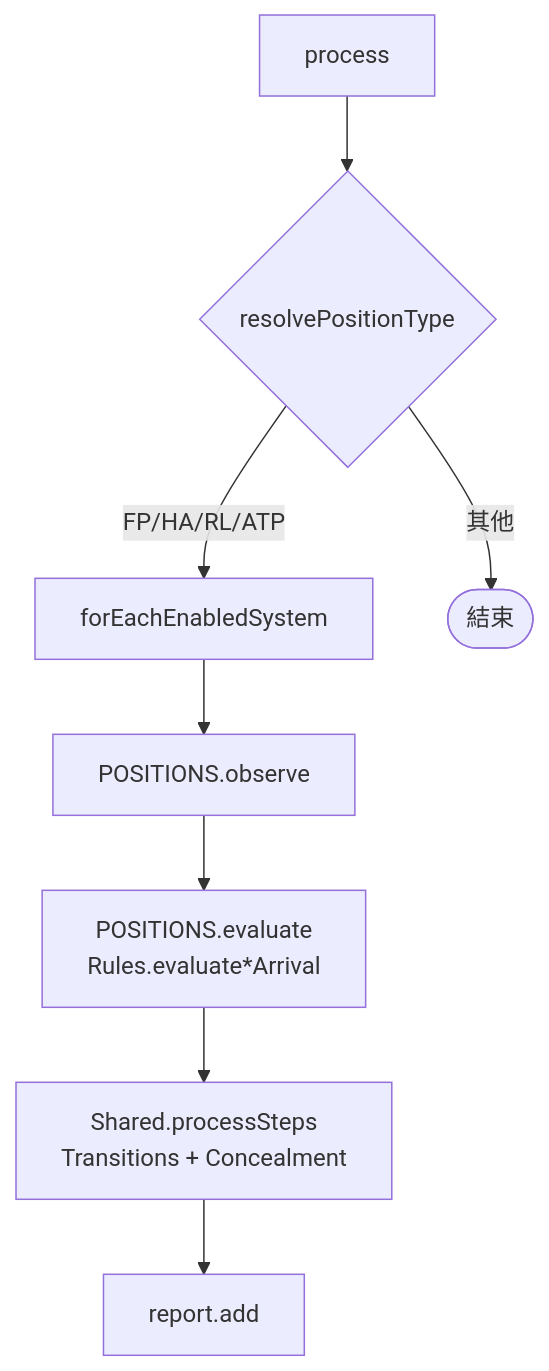
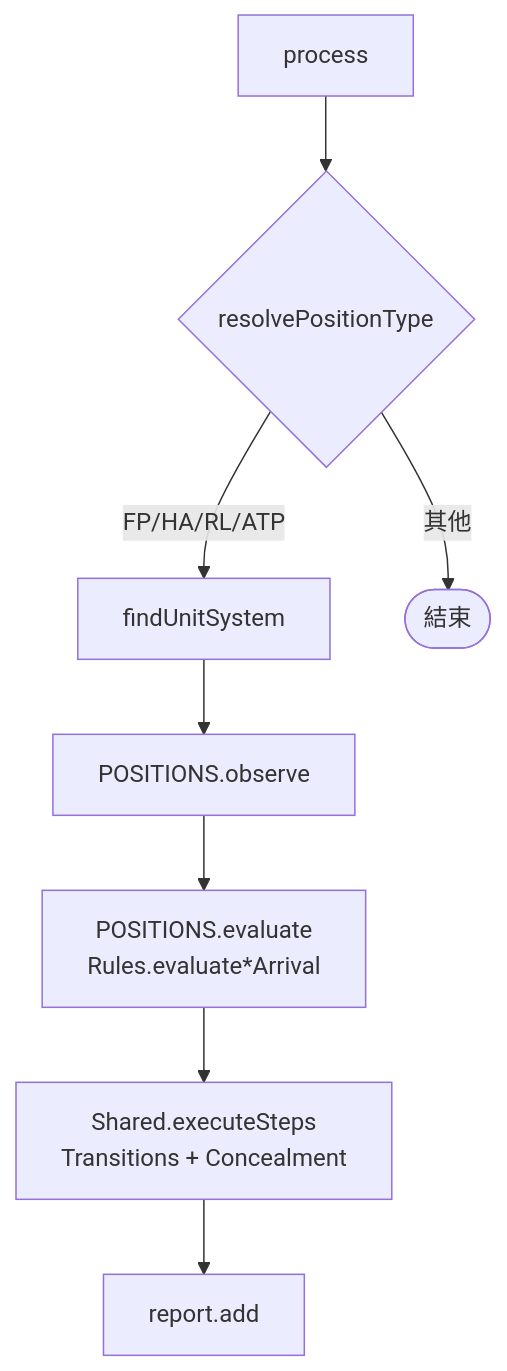
The diagram in docs/missileSystem/arrival.md (pullupjumper/formosa-in-flames), drawn with Mermaid before and after one commit. The commit also changed other lines of this file and 41 other files, not shown here.

````diff
--- a/docs/missileSystem/arrival.md
+++ b/docs/missileSystem/arrival.md
@@ -29,10 +29,10 @@
 ```mermaid
 flowchart TD
     A[process] --> B{resolvePositionType}
-    B -->|FP/HA/RL/ATP| C[forEachEnabledSystem]
+    B -->|FP/HA/RL/ATP| C[findUnitSystem]
     B -->|其他| Z([結束])
     C --> D[POSITIONS.observe]
     D --> E[POSITIONS.evaluate<br/>Rules.evaluate*Arrival]
-    E --> F[Shared.processSteps<br/>Transitions + Concealment]
+    E --> F[Shared.executeSteps<br/>Transitions + Concealment]
     F --> G[report.add]
 ```
````
